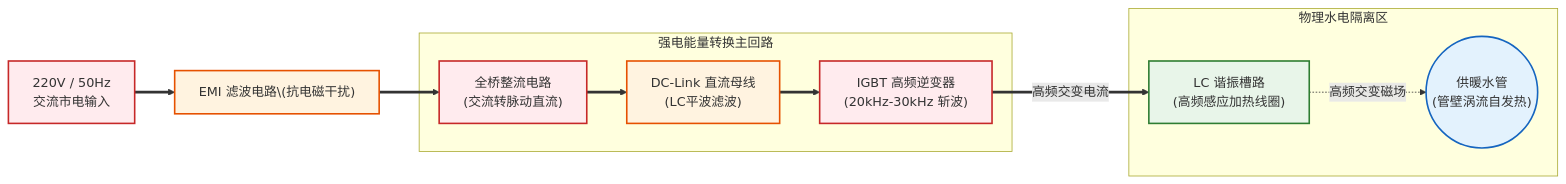
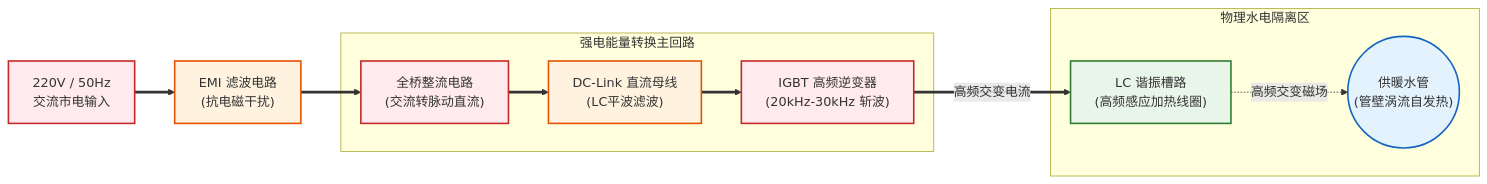
Before and after one commit to Caom-coll/iodraw-files: the diagram in all/未命名.md, drawn with Mermaid.

Commit message:
2026-05-23 13:02:30 update

````diff
--- a/all/未命名.md
+++ b/all/未命名.md
@@ -1,45 +1,46 @@
 ```mermaid
 graph LR
     %% 定义节点
     Mains["220V / 50Hz
         交流市电输入"]
-    EMI["EMI 滤波电路\(抗电磁干扰)"]
+    EMI["EMI 滤波电路
+            (抗电磁干扰)"]
     Rectifier["全桥整流电路\n(交流转脉动直流)"]
     DCLink["DC-Link 直流母线\n(LC平波滤波)"]
     Inverter["IGBT 高频逆变器\n(20kHz-30kHz 斩波)"]
     Coil["LC 谐振槽路\n(高频感应加热线圈)"]
     Load(("供暖水管\n(管壁涡流自发热)"))
 
     %% 定义连接线（能量流向）
     Mains ==> EMI
     EMI ==> Rectifier
     Rectifier ==> DCLink
     DCLink ==> Inverter
     Inverter ==高频交变电流==> Coil
     Coil -.高频交变磁场.-> Load
 
     %% 模块分组框图
     subgraph 强电能量转换主回路
         Rectifier
         DCLink
         Inverter
     end
 
     %% 物理隔离区标识
     subgraph 物理水电隔离区
         Coil
         Load
     end
 
     %% 定义样式颜色
     classDef power fill:#ffebee,stroke:#c62828,stroke-width:2px;
     classDef filter fill:#fff3e0,stroke:#e65100,stroke-width:2px;
     classDef heat fill:#e8f5e9,stroke:#2e7d32,stroke-width:2px;
     classDef water fill:#e3f2fd,stroke:#1565c0,stroke-width:2px;
 
     %% 应用样式
     class Mains,Rectifier,Inverter power;
     class EMI,DCLink filter;
     class Coil heat;
     class Load water;
 ```
````
